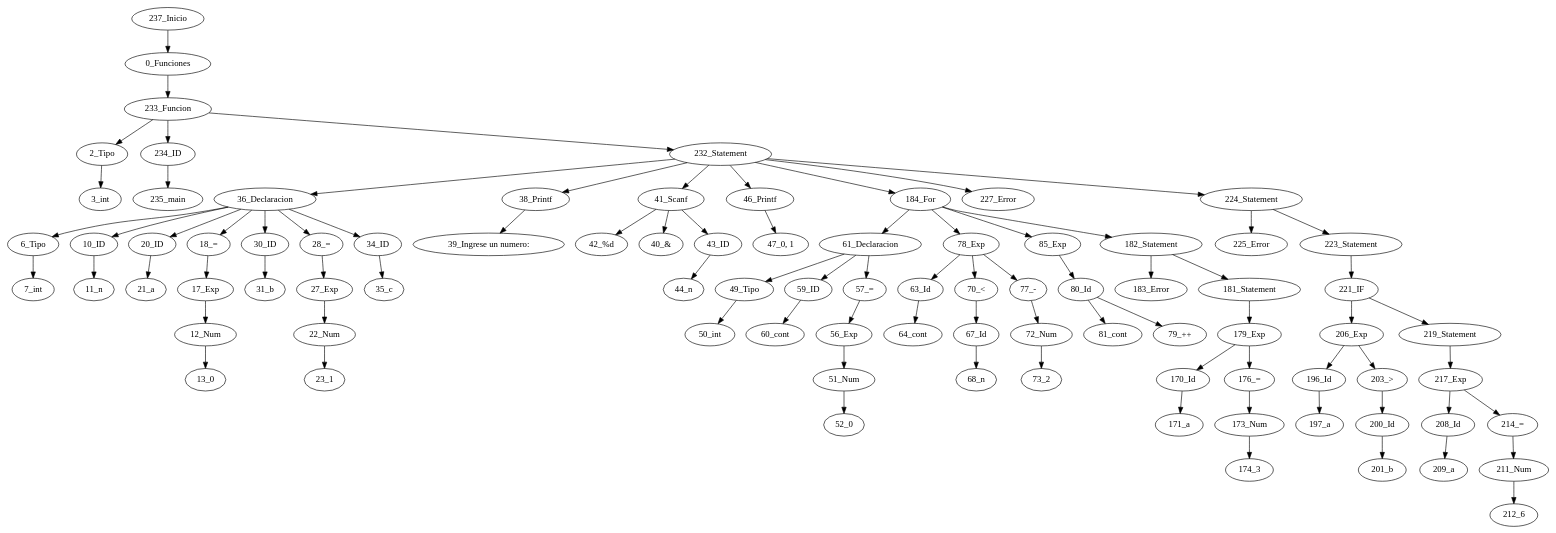
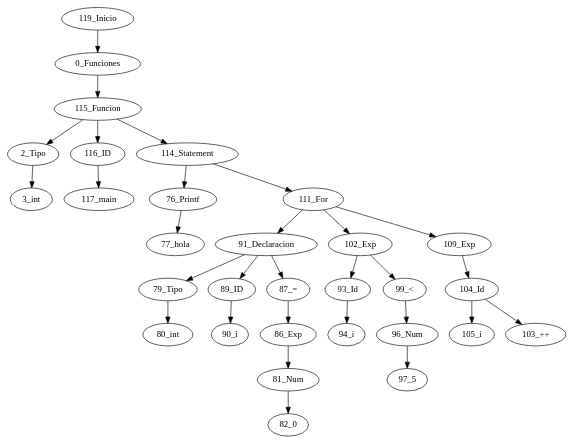
Before and after one commit to IlianaPinto/Mini-C: the diagram in Interfaz/src/Analizador/generado.dot, drawn with Graphviz. The commit also changed 2 other files, not shown here.

```diff
--- a/Interfaz/src/Analizador/generado.dot
+++ b/Interfaz/src/Analizador/generado.dot
@@ -1,87 +1,31 @@
 digraph {
-"237_Inicio" -> "0_Funciones";
-"0_Funciones" -> "233_Funcion";
-"233_Funcion" -> "2_Tipo";
+"119_Inicio" -> "0_Funciones";
+"0_Funciones" -> "115_Funcion";
+"115_Funcion" -> "2_Tipo";
 "2_Tipo" -> "3_int";
-"233_Funcion" -> "234_ID";
-"234_ID" -> "235_main";
-"233_Funcion" -> "232_Statement";
-"232_Statement" -> "36_Declaracion";
-"36_Declaracion" -> "6_Tipo";
-"6_Tipo" -> "7_int";
-"36_Declaracion" -> "10_ID";
-"10_ID" -> "11_n";
-"36_Declaracion" -> "20_ID";
-"20_ID" -> "21_a";
-"36_Declaracion" -> "18_=";
-"18_=" -> "17_Exp";
-"17_Exp" -> "12_Num";
-"12_Num" -> "13_0";
-"36_Declaracion" -> "30_ID";
-"30_ID" -> "31_b";
-"36_Declaracion" -> "28_=";
-"28_=" -> "27_Exp";
-"27_Exp" -> "22_Num";
-"22_Num" -> "23_1";
-"36_Declaracion" -> "34_ID";
-"34_ID" -> "35_c";
-"232_Statement" -> "38_Printf";
-"38_Printf" -> "39_Ingrese un numero: ";
-"232_Statement" -> "41_Scanf";
-"41_Scanf" -> "42_%d";
-"41_Scanf" -> "40_&";
-"41_Scanf" -> "43_ID";
-"43_ID" -> "44_n";
-"232_Statement" -> "46_Printf";
-"46_Printf" -> "47_0, 1";
-"232_Statement" -> "184_For";
-"184_For" -> "61_Declaracion";
-"61_Declaracion" -> "49_Tipo";
-"49_Tipo" -> "50_int";
-"61_Declaracion" -> "59_ID";
-"59_ID" -> "60_cont";
-"61_Declaracion" -> "57_=";
-"57_=" -> "56_Exp";
-"56_Exp" -> "51_Num";
-"51_Num" -> "52_0";
-"184_For" -> "78_Exp";
-"78_Exp" -> "63_Id";
-"63_Id" -> "64_cont";
-"78_Exp" -> "70_<";
-"70_<" -> "67_Id";
-"67_Id" -> "68_n";
-"78_Exp" -> "77_-";
-"77_-" -> "72_Num";
-"72_Num" -> "73_2";
-"184_For" -> "85_Exp";
-"85_Exp" -> "80_Id";
-"80_Id" -> "81_cont";
-"80_Id" -> "79_++";
-"184_For" -> "182_Statement";
-"182_Statement" -> "183_Error";
-"182_Statement" -> "181_Statement";
-"181_Statement" -> "179_Exp";
-"179_Exp" -> "170_Id";
-"170_Id" -> "171_a";
-"179_Exp" -> "176_=";
-"176_=" -> "173_Num";
-"173_Num" -> "174_3";
-"232_Statement" -> "227_Error";
-"232_Statement" -> "224_Statement";
-"224_Statement" -> "225_Error";
-"224_Statement" -> "223_Statement";
-"223_Statement" -> "221_IF";
-"221_IF" -> "206_Exp";
-"206_Exp" -> "196_Id";
-"196_Id" -> "197_a";
-"206_Exp" -> "203_>";
-"203_>" -> "200_Id";
-"200_Id" -> "201_b";
-"221_IF" -> "219_Statement";
-"219_Statement" -> "217_Exp";
-"217_Exp" -> "208_Id";
-"208_Id" -> "209_a";
-"217_Exp" -> "214_=";
-"214_=" -> "211_Num";
-"211_Num" -> "212_6";
+"115_Funcion" -> "116_ID";
+"116_ID" -> "117_main";
+"115_Funcion" -> "114_Statement";
+"114_Statement" -> "76_Printf";
+"76_Printf" -> "77_hola";
+"114_Statement" -> "111_For";
+"111_For" -> "91_Declaracion";
+"91_Declaracion" -> "79_Tipo";
+"79_Tipo" -> "80_int";
+"91_Declaracion" -> "89_ID";
+"89_ID" -> "90_i";
+"91_Declaracion" -> "87_=";
+"87_=" -> "86_Exp";
+"86_Exp" -> "81_Num";
+"81_Num" -> "82_0";
+"111_For" -> "102_Exp";
+"102_Exp" -> "93_Id";
+"93_Id" -> "94_i";
+"102_Exp" -> "99_<";
+"99_<" -> "96_Num";
+"96_Num" -> "97_5";
+"111_For" -> "109_Exp";
+"109_Exp" -> "104_Id";
+"104_Id" -> "105_i";
+"104_Id" -> "103_++";
 }
```
